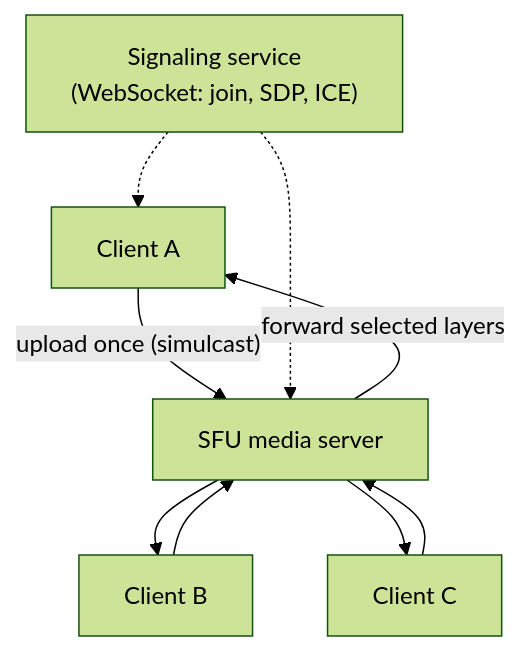
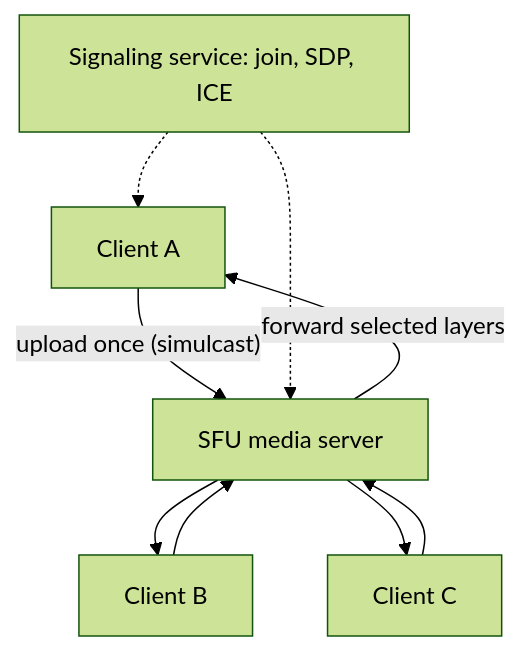
One commit to AkshayAshokCode/System-Design-Interview-Questions-and-Answers changed diagram 14 of 22 in topics/17-designs-social-media.md. Above: the diagram before and after it, drawn with Mermaid (forest theme). The commit also changed other lines of this file and 4 other files, not shown here.

````diff
--- a/topics/17-designs-social-media.md
+++ b/topics/17-designs-social-media.md
@@ -380,11 +907,11 @@
 ```mermaid
 flowchart TD
     A["Client A"] -->|"upload once (simulcast)"| SFU["SFU media server"]
     B["Client B"] --> SFU
     C["Client C"] --> SFU
     SFU -->|"forward selected layers"| A
     SFU --> B
     SFU --> C
-    SIG["Signaling service<br/>(WebSocket: join, SDP, ICE)"] -.-> A
+    SIG["Signaling service: join, SDP, ICE"] -.-> A
     SIG -.-> SFU
 ```
````
